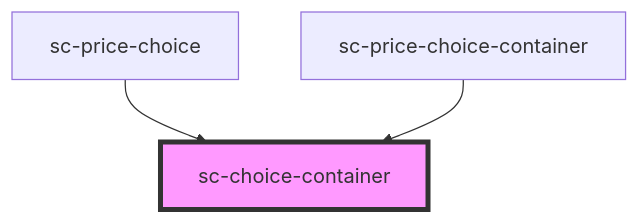
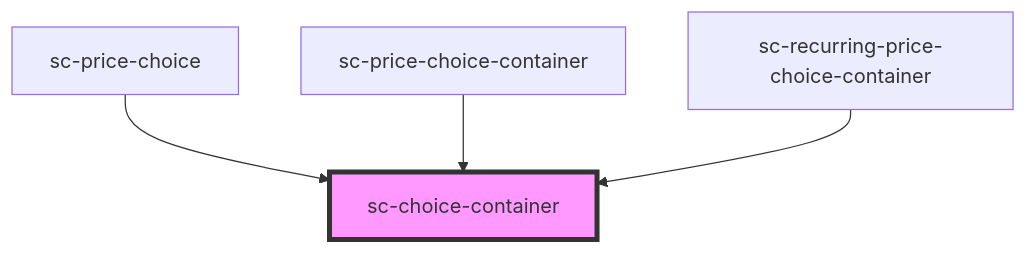
Before and after one commit to surecart/surecart-wp-plugin: the diagram in packages/components/src/components/ui/choice-container/readme.md, drawn with Mermaid. The commit also changed other lines of this file and 13 other files, not shown here.

````diff
--- a/packages/components/src/components/ui/choice-container/readme.md
+++ b/packages/components/src/components/ui/choice-container/readme.md
@@ -94,6 +95,7 @@
 ```mermaid
 graph TD;
   sc-price-choice --> sc-choice-container
   sc-price-choice-container --> sc-choice-container
+  sc-recurring-price-choice-container --> sc-choice-container
   style sc-choice-container fill:#f9f,stroke:#333,stroke-width:4px
 ```
````
